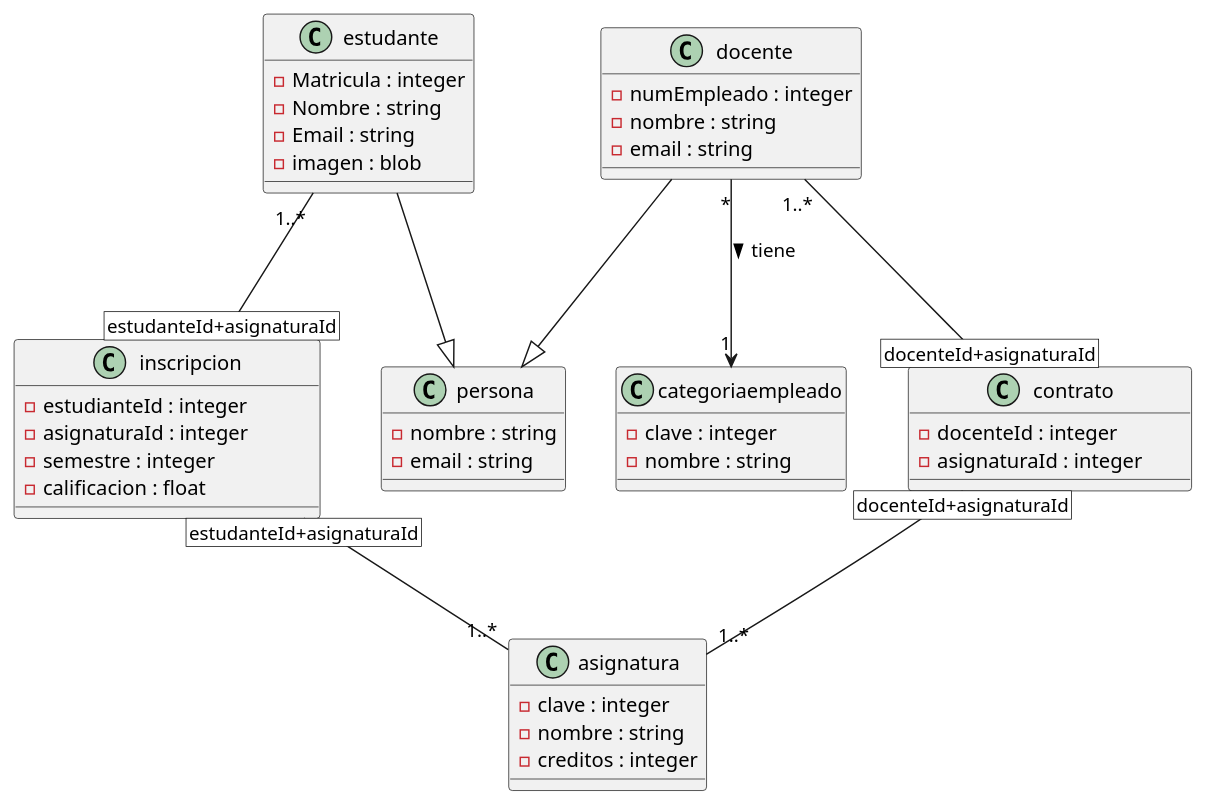
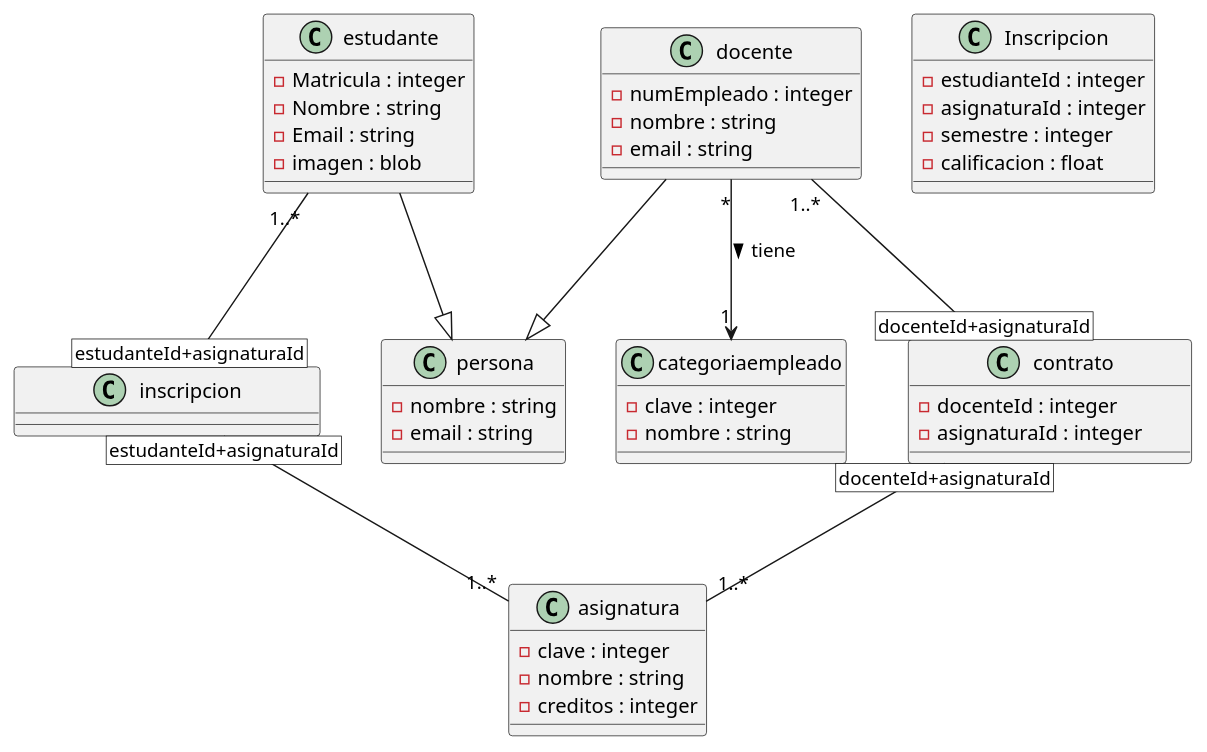
Before and after one commit to GersyJvC/BaseDatos: the diagram in seeders/clases.puml, drawn with PlantUML. The commit also changed 25 other files, not shown here.

```diff
--- a/seeders/clases.puml
+++ b/seeders/clases.puml
@@ -1,48 +1,48 @@
 @startuml WebApp
 class persona {
 - nombre : string
 - email : string
 }
 class estudante {
 - Matricula : integer
 - Nombre : string
 - Email : string
 - imagen : blob
 }
 class docente {
 - numEmpleado : integer
 - nombre : string
 - email : string
 }
 class asignatura {
 - clave : integer
 - nombre : string
 - creditos : integer
 }
 
 class categoriaempleado {
 - clave : integer
 - nombre : string
 }
 
-class inscripcion {
+class Inscripcion {
 - estudianteId : integer
 - asignaturaId : integer
 - semestre : integer
 - calificacion : float
 }
 
 class contrato {
 - docenteId : integer
 - asignaturaId : integer
 }
 
 docente --|> persona
 estudante --|> persona
 docente "*" --> "1" categoriaempleado: tiene >
 estudante "1..*" -- [estudanteId+asignaturaId] inscripcion
 inscripcion [estudanteId+asignaturaId] -- "1..*" asignatura
 docente "1..*" -- [docenteId+asignaturaId] contrato
 contrato [docenteId+asignaturaId] -- "1..*" asignatura
 
 @enduml
```
